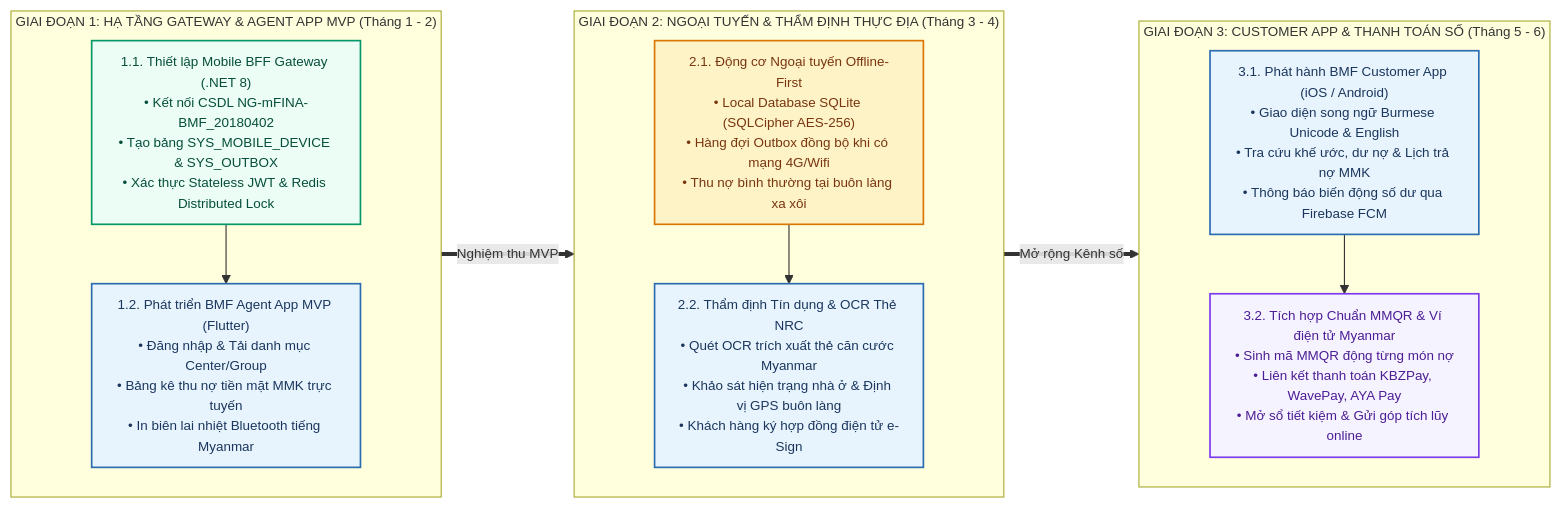
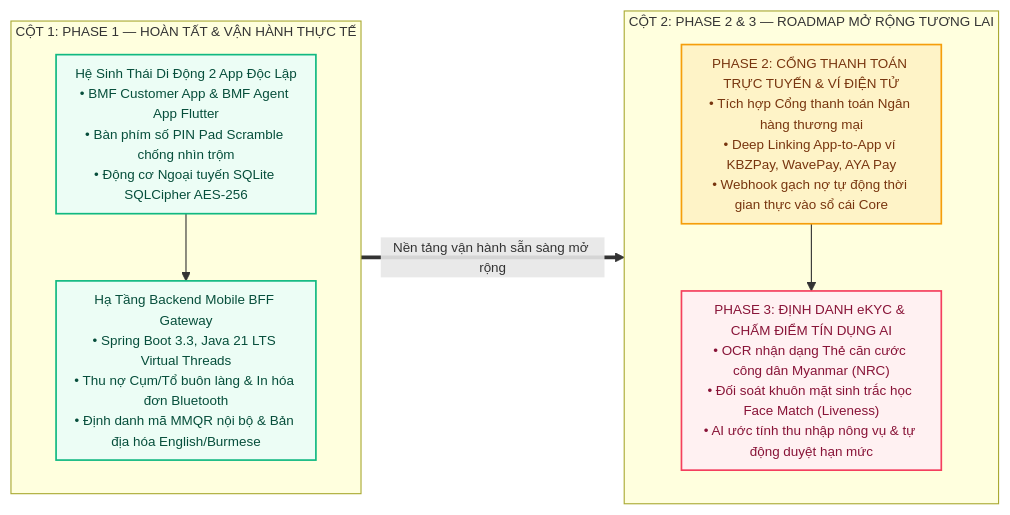
One commit to chapisoft/mifinace changed the fourth of 4 diagrams in docs/mobile_app_proposal.md. Above: the diagram before and after it, drawn with Mermaid. The commit also changed other lines of this file and 660 other files, not shown here.

````diff
--- a/docs/mobile_app_proposal.md
+++ b/docs/mobile_app_proposal.md
@@ -330,33 +258,23 @@
 ```mermaid
-%%{init: {'flowchart': {'nodeSpacing': 14, 'rankSpacing': 28, 'padding': 10}, 'themeVariables': {'fontSize': '12px', 'fontFamily': 'Inter, Arial, sans-serif'}}}%%
+%%{init: {'flowchart': {'nodeSpacing': 12, 'rankSpacing': 35, 'padding': 8}, 'themeVariables': {'fontSize': '12px', 'fontFamily': 'Inter, Arial, sans-serif'}}}%%
 flowchart LR
-    subgraph P1 ["GIAI ĐOẠN 1: HẠ TẦNG GATEWAY & AGENT APP MVP (Tháng 1 - 2)"]
+    subgraph S_PHASE1 ["CỘT 1: PHASE 1 — HOÀN TẤT & VẬN HÀNH THỰC TẾ"]
         direction TB
-        P1_1["1.1. Thiết lập Mobile BFF Gateway (.NET 8)<br/>• Kết nối CSDL NG-mFINA-BMF_20180402<br/>• Tạo bảng SYS_MOBILE_DEVICE & SYS_OUTBOX<br/>• Xác thực Stateless JWT & Redis Distributed Lock"]:::cCore
-        P1_2["1.2. Phát triển BMF Agent App MVP (Flutter)<br/>• Đăng nhập & Tải danh mục Center/Group<br/>• Bảng kê thu nợ tiền mặt MMK trực tuyến<br/>• In biên lai nhiệt Bluetooth tiếng Myanmar"]:::cClient
-        P1_1 --> P1_2
+        P1_APP["Hệ Sinh Thái Di Động 2 App Độc Lập<br/>• BMF Customer App & BMF Agent App Flutter<br/>• Bàn phím số PIN Pad Scramble chống nhìn trộm<br/>• Động cơ Ngoại tuyến SQLite SQLCipher AES-256"]:::cPhase1
+        P1_GW["Hạ Tầng Backend Mobile BFF Gateway<br/>• Spring Boot 3.3, Java 21 LTS Virtual Threads<br/>• Thu nợ Cụm/Tổ buôn làng & In hóa đơn Bluetooth<br/>• Định danh mã MMQR nội bộ & Bản địa hóa English/Burmese"]:::cPhase1
+        P1_APP --> P1_GW
     end
 
-    subgraph P2 ["GIAI ĐOẠN 2: NGOẠI TUYẾN & THẨM ĐỊNH THỰC ĐỊA (Tháng 3 - 4)"]
+    subgraph S_PHASE_FUTURE ["CỘT 2: PHASE 2 & 3 — ROADMAP MỞ RỘNG TƯƠNG LAI"]
         direction TB
-        P2_1["2.1. Động cơ Ngoại tuyến Offline-First<br/>• Local Database SQLite (SQLCipher AES-256)<br/>• Hàng đợi Outbox đồng bộ khi có mạng 4G/Wifi<br/>• Thu nợ bình thường tại buôn làng xa xôi"]:::cDmz
-        P2_2["2.2. Thẩm định Tín dụng & OCR Thẻ NRC<br/>• Quét OCR trích xuất thẻ căn cước Myanmar<br/>• Khảo sát hiện trạng nhà ở & Định vị GPS buôn làng<br/>• Khách hàng ký hợp đồng điện tử e-Sign"]:::cClient
-        P2_1 --> P2_2
+        P2_PAY["PHASE 2: CỔNG THANH TOÁN TRỰC TUYẾN & VÍ ĐIỆN TỬ<br/>• Tích hợp Cổng thanh toán Ngân hàng thương mại<br/>• Deep Linking App-to-App ví KBZPay, WavePay, AYA Pay<br/>• Webhook gạch nợ tự động thời gian thực vào sổ cái Core"]:::cPhase2
+        P3_AI["PHASE 3: ĐỊNH DANH eKYC & CHẤM ĐIỂM TÍN DỤNG AI<br/>• OCR nhận dạng Thẻ căn cước công dân Myanmar (NRC)<br/>• Đối soát khuôn mặt sinh trắc học Face Match (Liveness)<br/>• AI ước tính thu nhập nông vụ & tự động duyệt hạn mức"]:::cPhase3
+        P2_PAY --> P3_AI
     end
 
-    subgraph P3 ["GIAI ĐOẠN 3: CUSTOMER APP & THANH TOÁN SỐ (Tháng 5 - 6)"]
-        direction TB
-        P3_1["3.1. Phát hành BMF Customer App (iOS / Android)<br/>• Giao diện song ngữ Burmese Unicode & English<br/>• Tra cứu khế ước, dư nợ & Lịch trả nợ MMK<br/>• Thông báo biến động số dư qua Firebase FCM"]:::cClient
-        P3_2["3.2. Tích hợp Chuẩn MMQR & Ví điện tử Myanmar<br/>• Sinh mã MMQR động từng món nợ<br/>• Liên kết thanh toán KBZPay, WavePay, AYA Pay<br/>• Mở sổ tiết kiệm & Gửi góp tích lũy online"]:::cDb
-        P3_1 --> P3_2
-    end
+    S_PHASE1 ==>|"Nền tảng vận hành sẵn sàng mở rộng"| S_PHASE_FUTURE
 
-    P1 ==>|"Nghiệm thu MVP"| P2
-    P2 ==>|"Mở rộng Kênh số"| P3
-
-    %% KHAI BÁO CLASS STYLES CHUẨN MỰC
-    classDef cCore fill:#ecfdf5,stroke:#059669,stroke-width:1.5px,color:#064e3b;
-    classDef cClient fill:#e8f4fd,stroke:#2b6cb0,stroke-width:1.5px,color:#1a365d;
-    classDef cDmz fill:#fef3c7,stroke:#d97706,stroke-width:1.5px,color:#78350f;
-    classDef cDb fill:#f5f3ff,stroke:#7c3aed,stroke-width:1.5px,color:#4c1d95;
+    classDef cPhase1 fill:#ecfdf5,stroke:#10b981,stroke-width:1.5px,color:#064e3b;
+    classDef cPhase2 fill:#fef3c7,stroke:#f59e0b,stroke-width:1.5px,color:#78350f;
+    classDef cPhase3 fill:#fff1f2,stroke:#f43f5e,stroke-width:1.5px,color:#881337;
 ```
````
